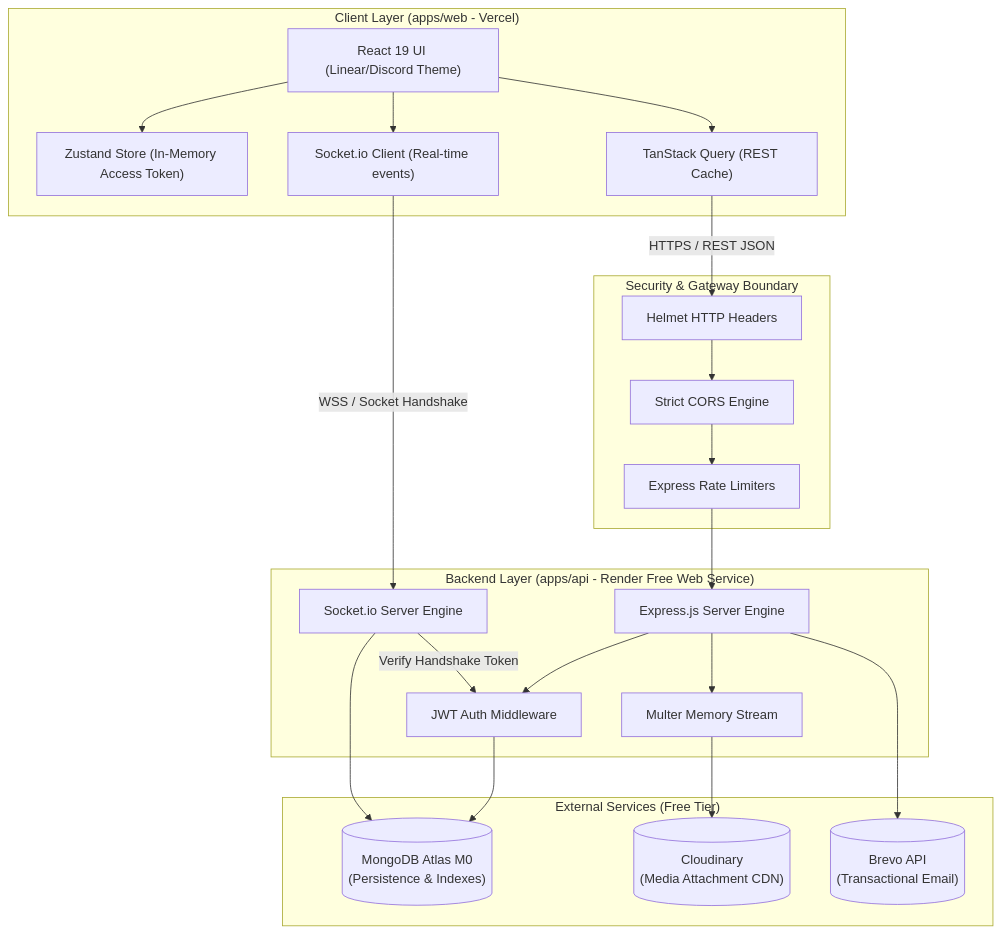
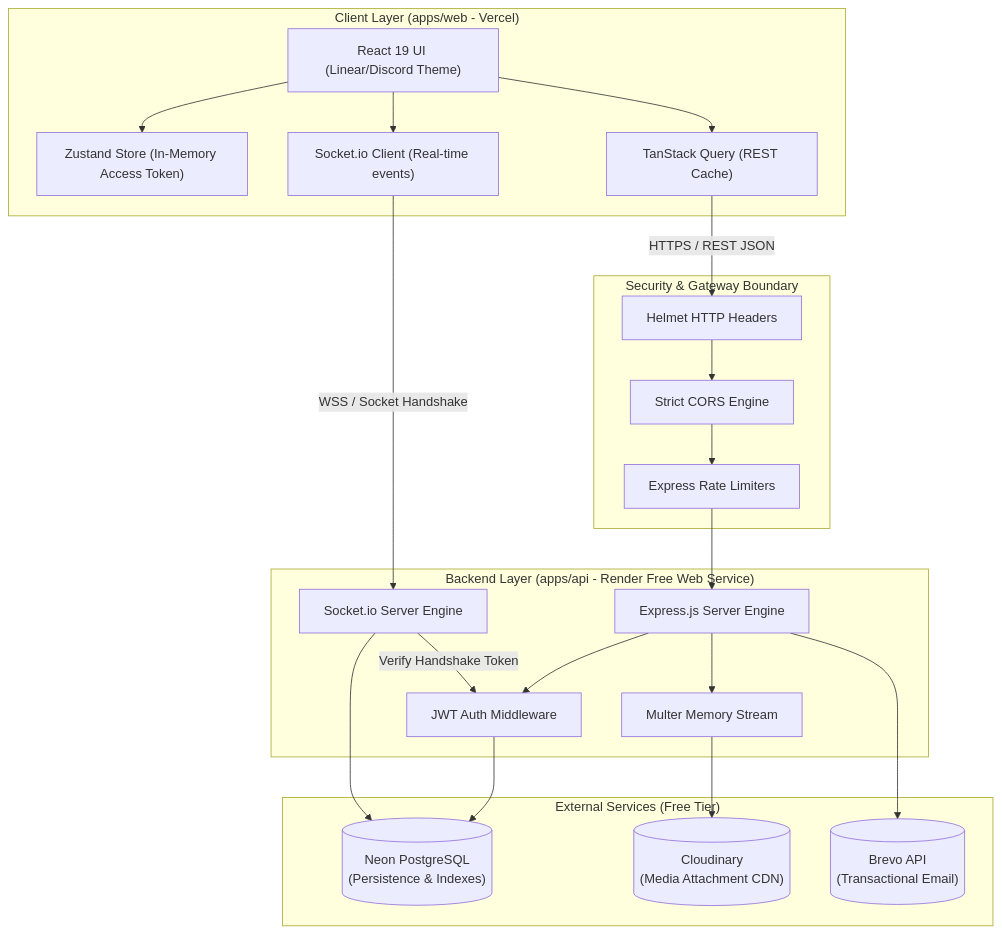
One commit to Anantraj24/Virexo-Chat-app changed the first of 2 diagrams in docs/ARCHITECTURE.md. Above: the diagram before and after it, drawn with Mermaid. The commit also changed other lines of this file and 312 other files, not shown here.

````diff
--- a/docs/ARCHITECTURE.md
+++ b/docs/ARCHITECTURE.md
@@ -21,43 +21,43 @@
 ```mermaid
 flowchart TB
     subgraph Client ["Client Layer (apps/web - Vercel)"]
         UI["React 19 UI (Linear/Discord Theme)"]
         State["Zustand Store (In-Memory Access Token)"]
         Query["TanStack Query (REST Cache)"]
         SocketClient["Socket.io Client (Real-time events)"]
     end
 
     subgraph Edge ["Security & Gateway Boundary"]
         Helmet["Helmet HTTP Headers"]
         Cors["Strict CORS Engine"]
         RateLimit["Express Rate Limiters"]
     end
 
     subgraph Server ["Backend Layer (apps/api - Render Free Web Service)"]
         Express["Express.js Server Engine"]
         AuthMiddleware["JWT Auth Middleware"]
         UploadHandler["Multer Memory Stream"]
         SocketServer["Socket.io Server Engine"]
     end
 
     subgraph External ["External Services (Free Tier)"]
-        Mongo[("MongoDB Atlas M0\n(Persistence & Indexes)")]
+        PostgreSQL[("Neon PostgreSQL\n(Persistence & Indexes)")]
         Cloudinary[("Cloudinary\n(Media Attachment CDN)")]
         Brevo[("Brevo API\n(Transactional Email)")]
     end
 
     UI --> State
     UI --> Query
     UI --> SocketClient
 
     Query -- "HTTPS / REST JSON" --> Helmet
     SocketClient -- "WSS / Socket Handshake" --> SocketServer
 
     Helmet --> Cors --> RateLimit --> Express
     Express --> AuthMiddleware
-    AuthMiddleware --> Mongo
+    AuthMiddleware --> PostgreSQL
     Express --> UploadHandler --> Cloudinary
     Express --> Brevo
     SocketServer -- "Verify Handshake Token" --> AuthMiddleware
-    SocketServer --> Mongo
+    SocketServer --> PostgreSQL
 ```
````
